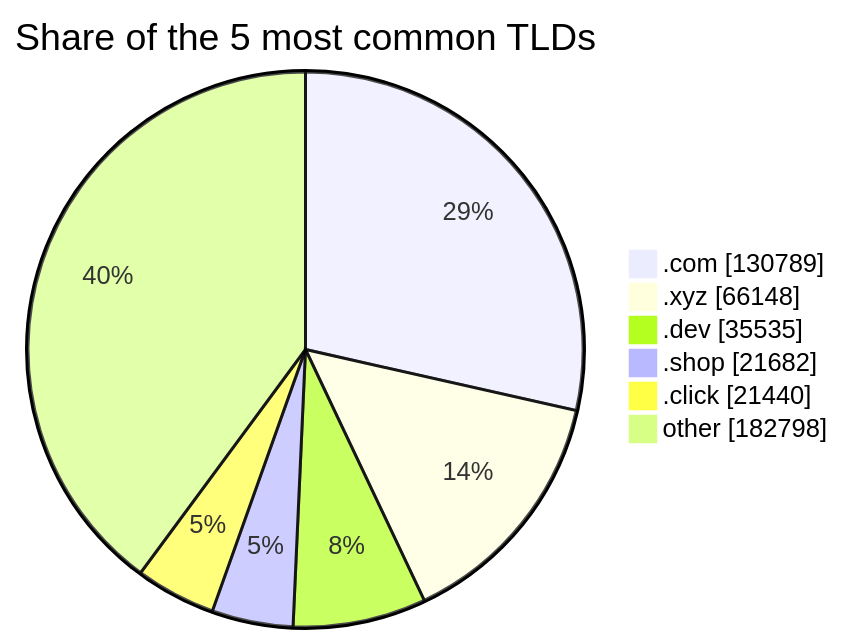
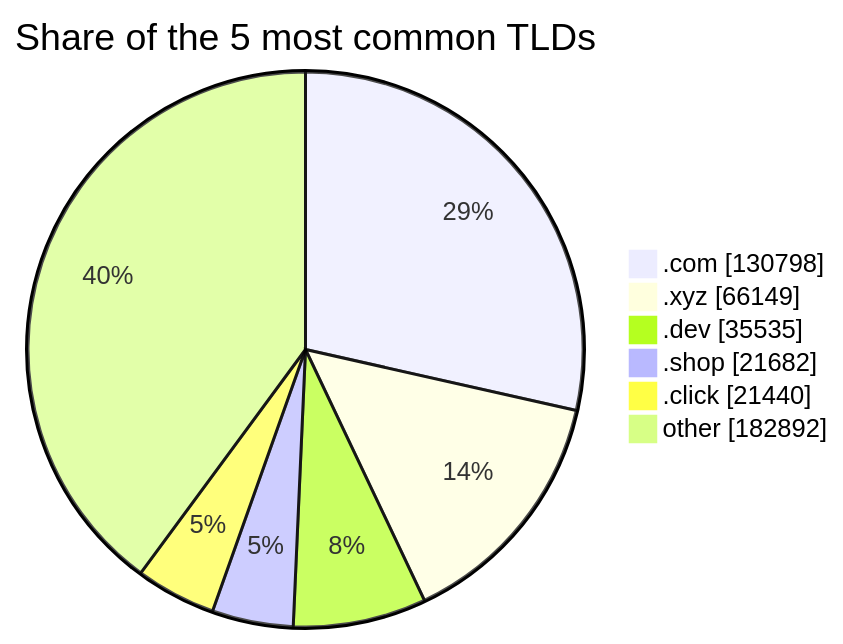
The third of 3 diagrams in README.md (DNSBunker/CTI), drawn with Mermaid before and after one commit. The commit also changed other lines of this file and 3 other files, not shown here.

````diff
--- a/README.md
+++ b/README.md
@@ -81,9 +81,9 @@
 ```mermaid
 pie showData title Share of the 5 most common TLDs
-    ".com" : 130789
-    ".xyz" : 66148
+    ".com" : 130798
+    ".xyz" : 66149
     ".dev" : 35535
     ".shop" : 21682
     ".click" : 21440
-    "other" : 182798
+    "other" : 182892
 ```
````
